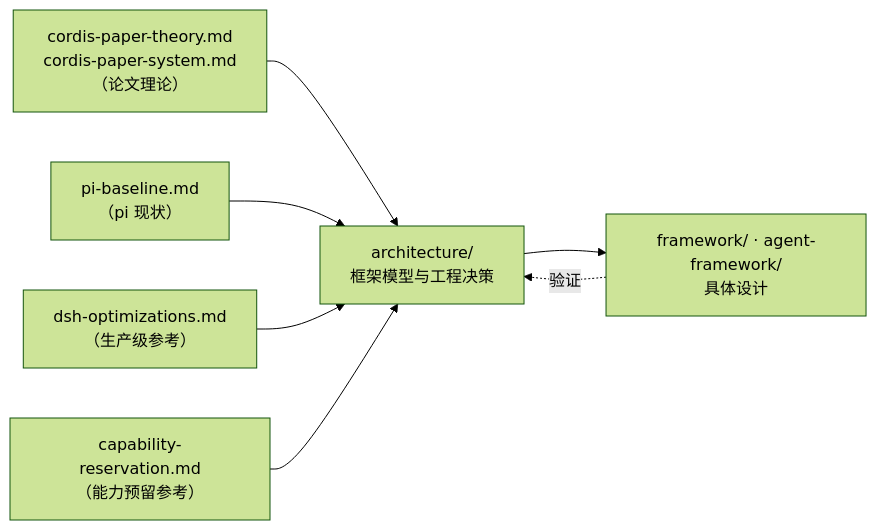
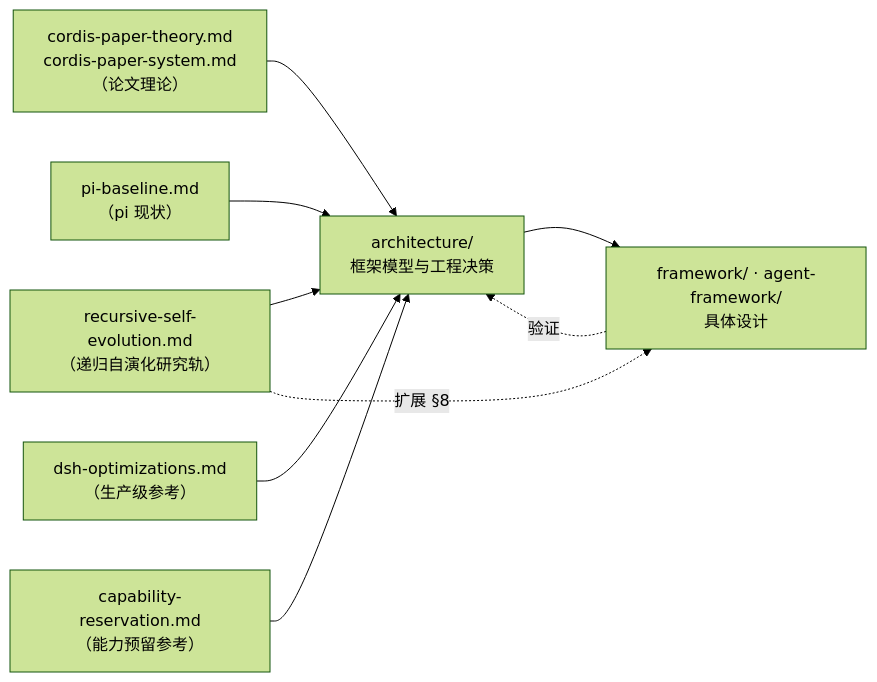
The first of 2 diagrams in docs/desgin/research/README.md (jesspig/zeta-agent), drawn with Mermaid (forest theme) before and after one commit. The commit also changed other lines of this file and 21 other files, not shown here.

First line of the commit message:
docs(design): normalize cross-refs and add self-evolution track

````diff
--- a/docs/desgin/research/README.md
+++ b/docs/desgin/research/README.md
@@ -18,15 +19,18 @@
 ```mermaid
 flowchart LR
     P["cordis-paper-theory.md<br/>cordis-paper-system.md<br/>（论文理论）"]
     PI["pi-baseline.md<br/>（pi 现状）"]
     D["dsh-optimizations.md<br/>（生产级参考）"]
     C["capability-reservation.md<br/>（能力预留参考）"]
+    RSE["recursive-self-evolution.md<br/>（递归自演化研究轨）"]
     A["architecture/<br/>框架模型与工程决策"]
     F["framework/ · agent-framework/<br/>具体设计"]
     P --> A
     PI --> A
     D --> A
     C --> A
+    RSE --> A
+    RSE -.->|"扩展 §8"| F
     A --> F
     F -.->|"验证"| A
 ```
````
